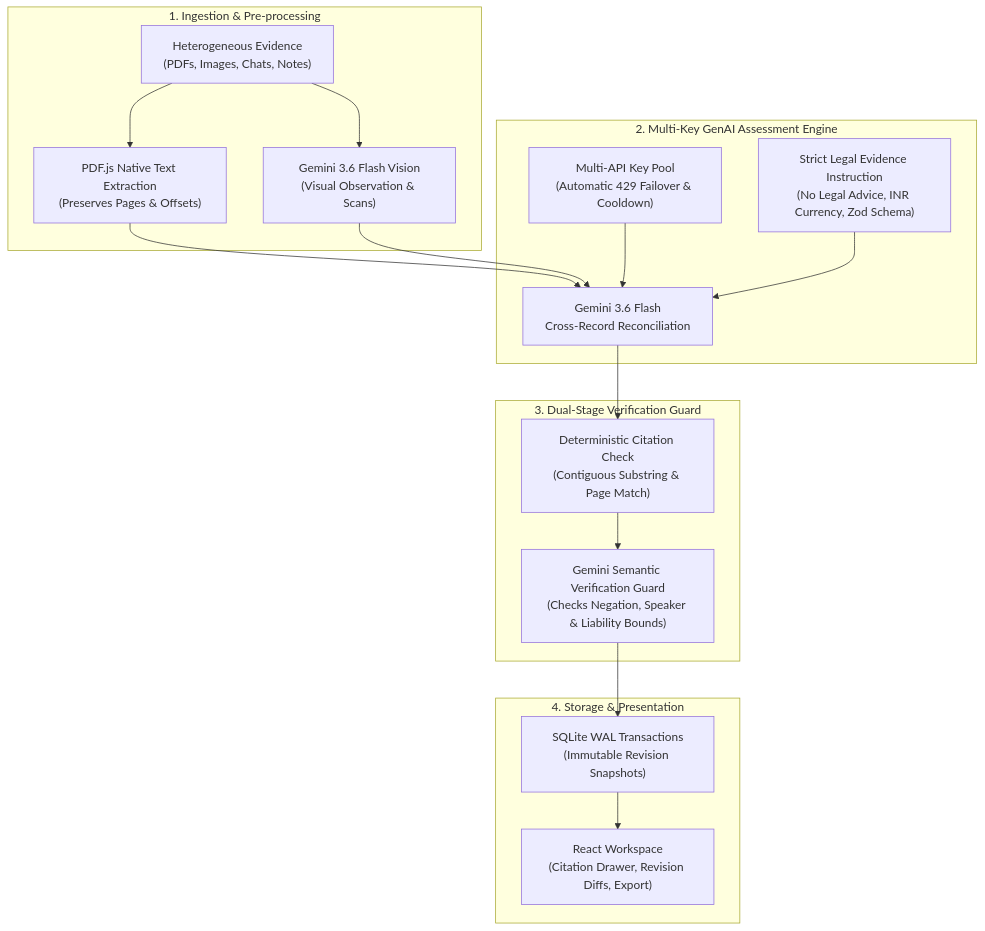
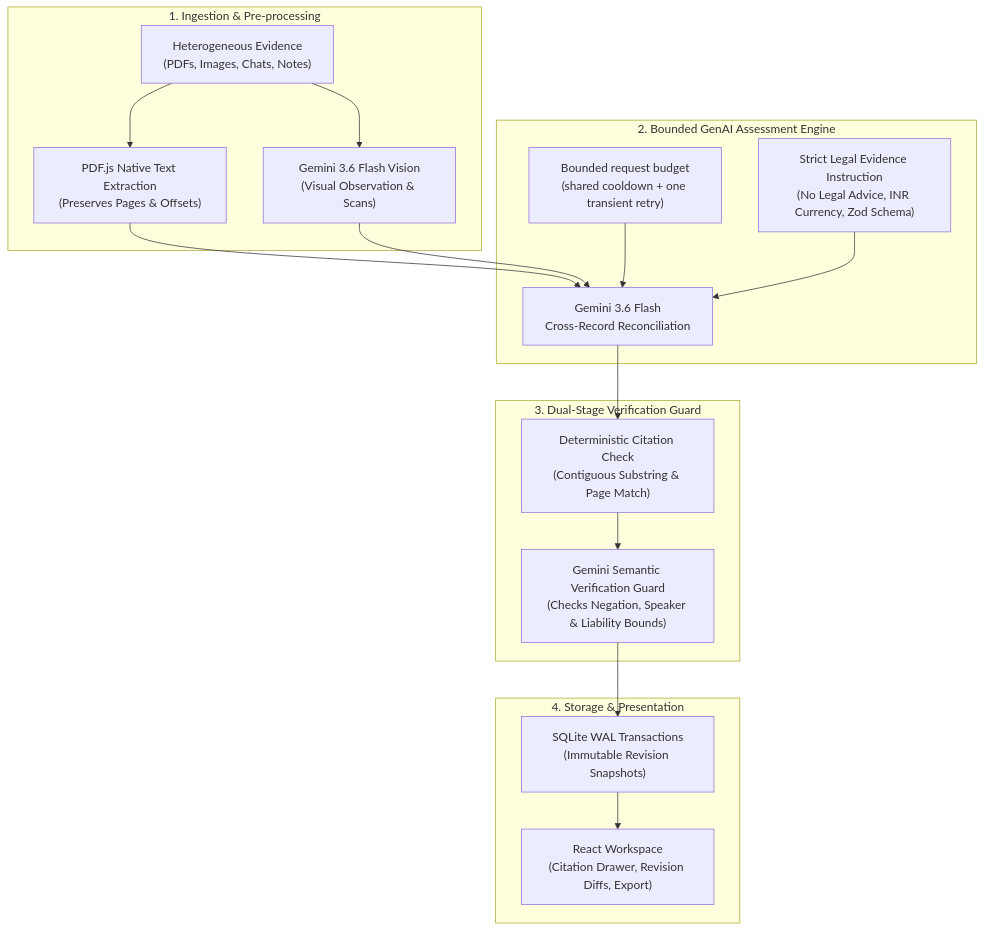
The diagram in README.md (Shafeeq-Cybersec/lex-trace), drawn with Mermaid before and after one commit. The commit also changed other lines of this file and 25 other files, not shown here.

````diff
--- a/README.md
+++ b/README.md
@@ -43,37 +42,37 @@
 ```mermaid
 flowchart TD
     subgraph Intake["1. Ingestion & Pre-processing"]
         Files["Heterogeneous Evidence<br/>(PDFs, Images, Chats, Notes)"]
         NativeExtract["PDF.js Native Text Extraction<br/>(Preserves Pages & Offsets)"]
         GeminiVision["Gemini 3.6 Flash Vision<br/>(Visual Observation & Scans)"]
         Files --> NativeExtract
         Files --> GeminiVision
     end
 
-    subgraph CoreEngine["2. Multi-Key GenAI Assessment Engine"]
-        KeyPool["Multi-API Key Pool<br/>(Automatic 429 Failover & Cooldown)"]
+    subgraph CoreEngine["2. Bounded GenAI Assessment Engine"]
+        RequestBudget["Bounded request budget<br/>(shared cooldown + one transient retry)"]
         StructuredPrompt["Strict Legal Evidence Instruction<br/>(No Legal Advice, INR Currency, Zod Schema)"]
         GeminiReconcile["Gemini 3.6 Flash<br/>Cross-Record Reconciliation"]
         
         NativeExtract --> GeminiReconcile
         GeminiVision --> GeminiReconcile
-        KeyPool --> GeminiReconcile
+        RequestBudget --> GeminiReconcile
         StructuredPrompt --> GeminiReconcile
     end
 
     subgraph Verification["3. Dual-Stage Verification Guard"]
         DeterministicCheck["Deterministic Citation Check<br/>(Contiguous Substring & Page Match)"]
         SemanticGuard["Gemini Semantic Verification Guard<br/>(Checks Negation, Speaker & Liability Bounds)"]
         
         GeminiReconcile --> DeterministicCheck
         DeterministicCheck --> SemanticGuard
     end
 
     subgraph Publication["4. Storage & Presentation"]
         SQLite["SQLite WAL Transactions<br/>(Immutable Revision Snapshots)"]
         UI["React Workspace<br/>(Citation Drawer, Revision Diffs, Export)"]
         
         SemanticGuard --> SQLite
         SQLite --> UI
     end
 ```
````
